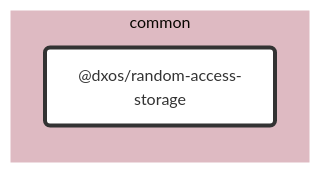
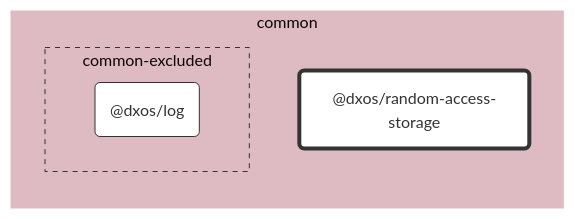
One commit to dxos/dxos changed the diagram in packages/common/random-access-storage/docs/README.md. Above: the diagram before and after it, drawn with Mermaid (base theme). The commit also changed 65 other files, not shown here.

````diff
--- a/packages/common/random-access-storage/docs/README.md
+++ b/packages/common/random-access-storage/docs/README.md
@@ -7,20 +7,26 @@
 ```mermaid
 %%{ init: {'flowchart':{'curve':'basis'}} }%%
 
 flowchart LR
 
 %% Classes
 classDef def fill:#fff,stroke:#333,stroke-width:1px
 classDef root fill:#fff,stroke:#333,stroke-width:4px
 
 %% Nodes
 
 subgraph common [common]
   style common fill:#debac2,stroke:#fff
   dxos/random-access-storage("@dxos/random-access-storage"):::root
   click dxos/random-access-storage "dxos/dxos/tree/main/packages/common/random-access-storage/docs"
+
+  subgraph common-excluded [common-excluded]
+    style common-excluded fill:#debac2,stroke:#333,stroke-dasharray:5 5
+    dxos/log("@dxos/log"):::def
+    click dxos/log "dxos/dxos/tree/main/packages/common/log/docs"
+  end
 end
 
 %% Links
 linkStyle default stroke:#333,stroke-width:1px
 ```
````
